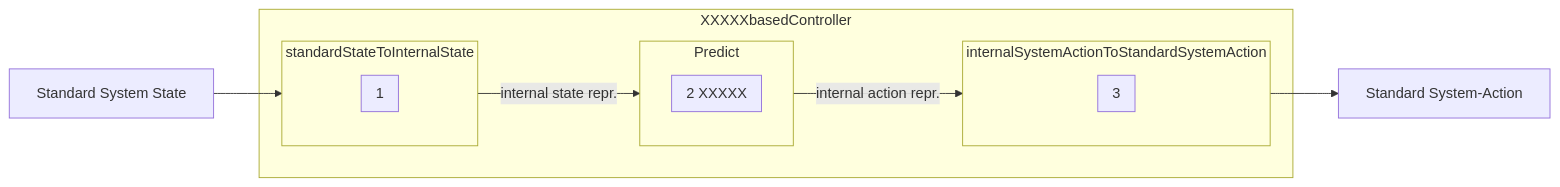
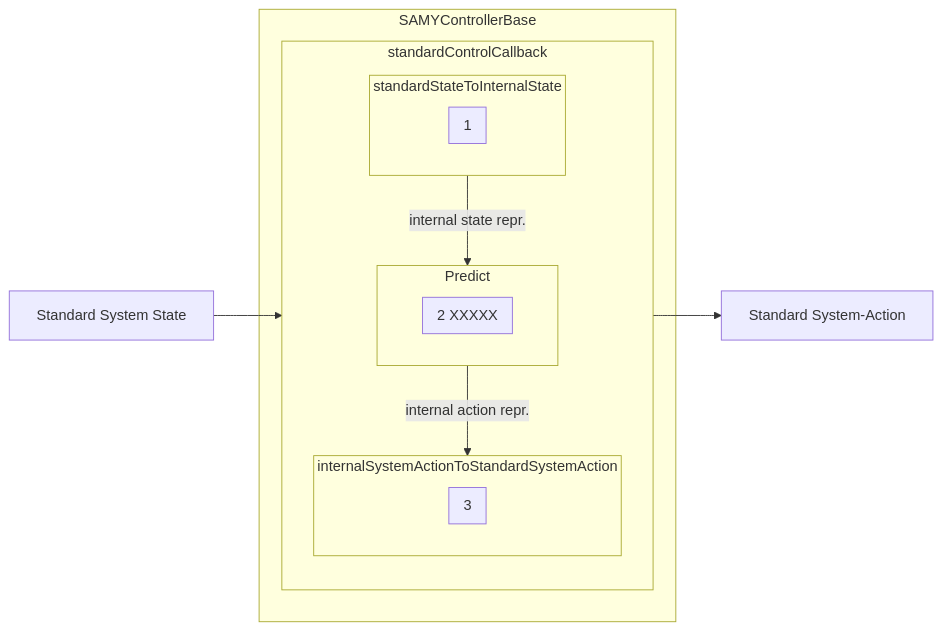
Before and after one commit to TW-Robotics/SAMYControl: the fourth of 4 diagrams in README.md, drawn with Mermaid. The commit also changed other lines of this file, not shown here.

````diff
--- a/README.md
+++ b/README.md
@@ -45,22 +65,24 @@
 ```mermaid
 flowchart LR
-  subgraph XXXXXbasedController
-	subgraph standardStateToInternalState
-	    subgraph 1
-	    end
+  subgraph SAMYControllerBase
+	subgraph standardControlCallback
+		subgraph standardStateToInternalState
+		    subgraph 1
+		    end
+		end
+		subgraph Predict
+		    subgraph 2   XXXXX
+		    end
+		end
+		subgraph internalSystemActionToStandardSystemAction
+		    subgraph 3
+		    end
+		end
 	end
-        subgraph Predict
-            subgraph 2   XXXXX
-	    end
-        end
-	subgraph internalSystemActionToStandardSystemAction
-	    subgraph 3
-	    end
-        end
   end
-  A[Standard System State] --> standardStateToInternalState
+  A[Standard System State] --> standardControlCallback
   standardStateToInternalState -- internal state repr. --> Predict
   Predict -- internal action repr. --> internalSystemActionToStandardSystemAction
-  internalSystemActionToStandardSystemAction --> B[Standard System-Action]
+  standardControlCallback --> B[Standard System-Action]
 
 ```
````
